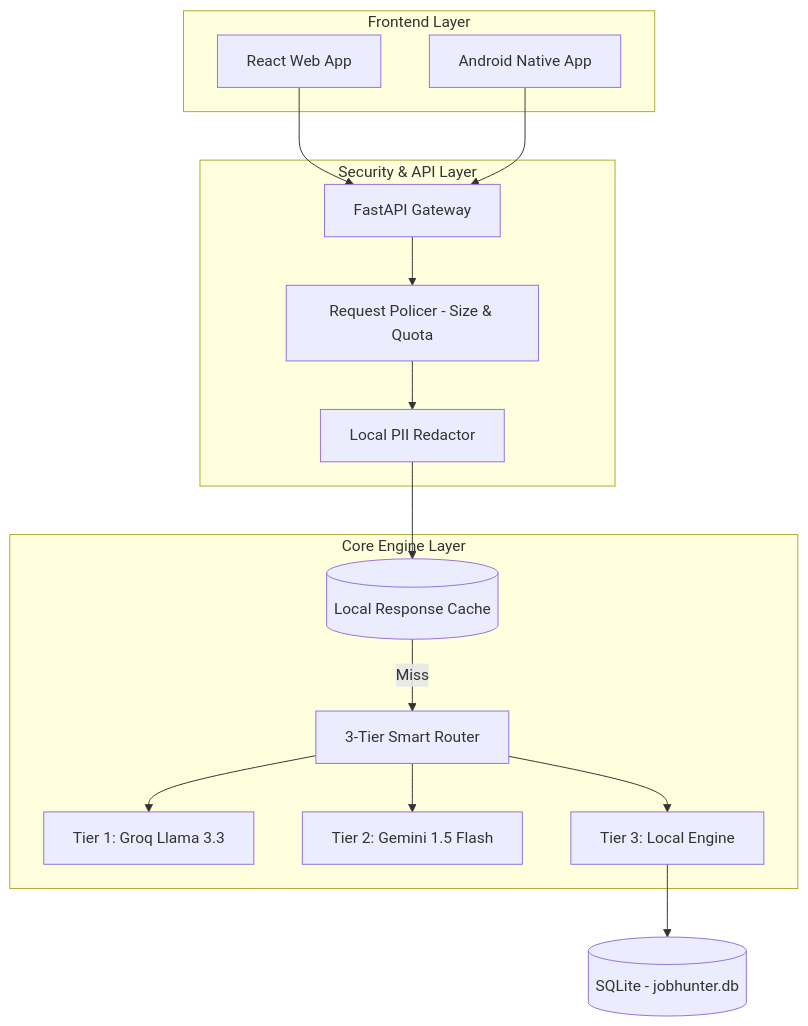
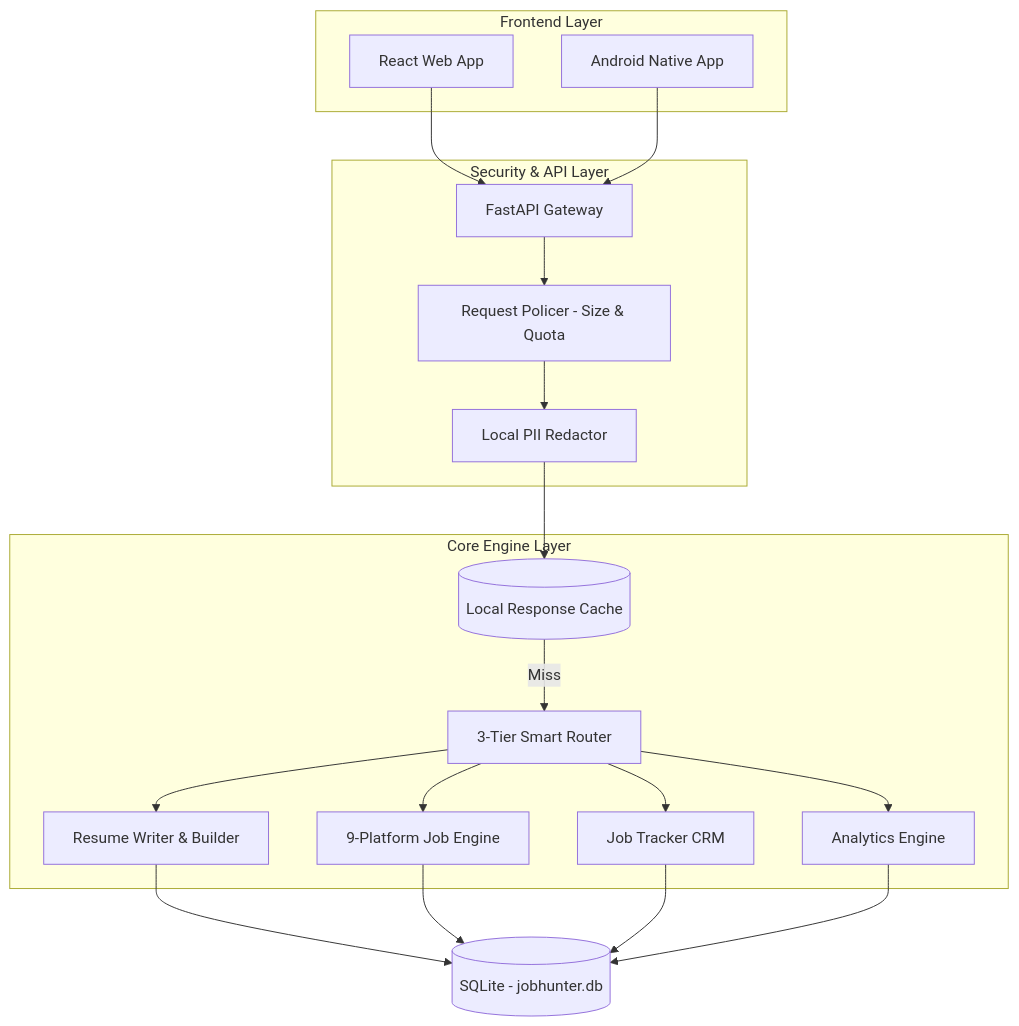
The diagram in README.md (IamAzmathullaShaikh/JobHunterAI), drawn with Mermaid before and after one commit. The commit also changed other lines of this file and 43 other files, not shown here.

Commit message:
feat(core): implement resume writer, multi-template builder, recruiter finder, 9-platform scraper, and kanban tracker

````diff
--- a/README.md
+++ b/README.md
@@ -9,34 +9,36 @@
 ```mermaid
 graph TD
     subgraph Frontend Layer
         Web[React Web App]
         Mobile[Android Native App]
     end
 
     subgraph Security & API Layer
         API[FastAPI Gateway]
         Policer[Request Policer - Size & Quota]
         Sanitizer[Local PII Redactor]
     end
 
     subgraph Core Engine Layer
         Cache[(Local Response Cache)]
         Router[3-Tier Smart Router]
-        Groq[Tier 1: Groq Llama 3.3]
-        Gemini[Tier 2: Gemini 1.5 Flash]
-        LocalEng[Tier 3: Local Engine]
+        Resume[Resume Writer & Builder]
+        Scraper[9-Platform Job Engine]
+        CRM[Job Tracker CRM]
+        Analytics[Analytics Engine]
     end
 
     DB[(SQLite - jobhunter.db)]
 
     Web --> API
     Mobile --> API
     API --> Policer
     Policer --> Sanitizer
     Sanitizer --> Cache
     Cache -- Miss --> Router
-    Router --> Groq
-    Router --> Gemini
-    Router --> LocalEng
-    LocalEng --> DB
+    Router --> Resume
+    Router --> Scraper
+    Router --> CRM
+    Router --> Analytics
+    Resume & Scraper & CRM & Analytics --> DB
 ```
````
